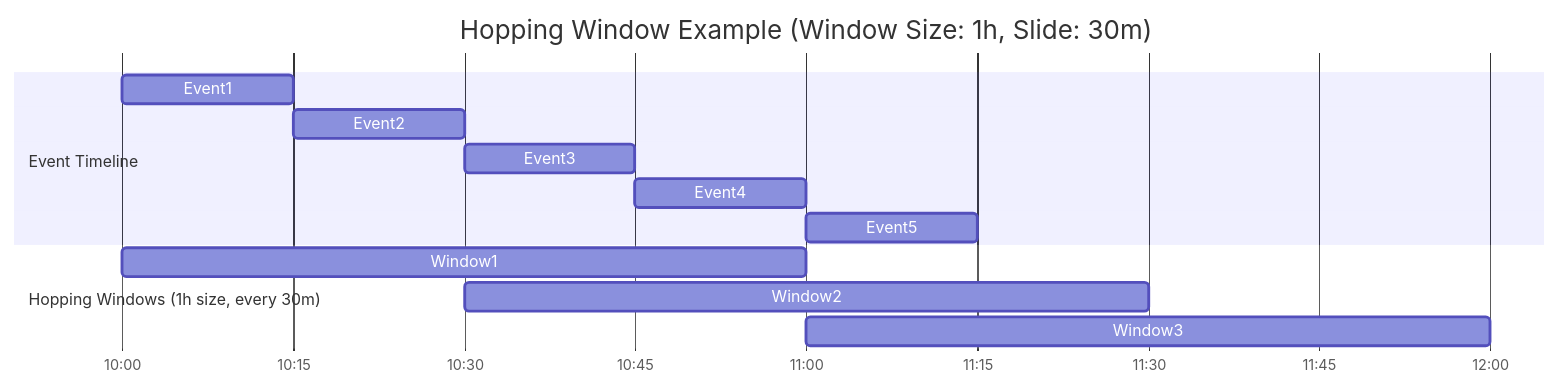
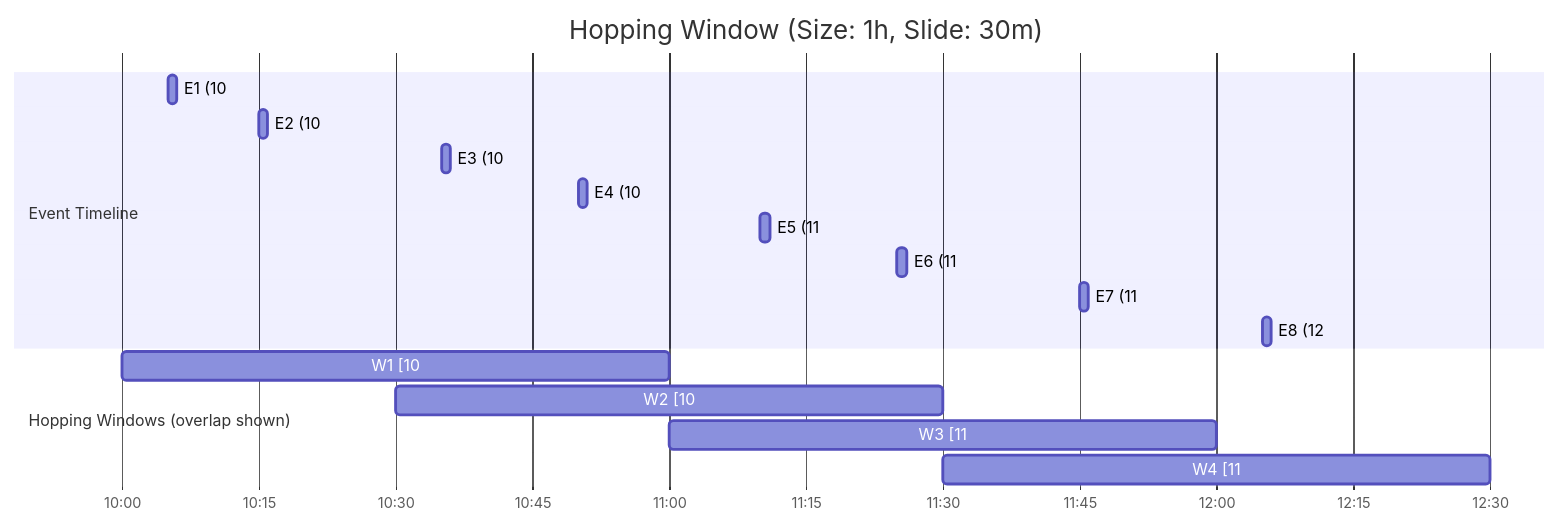
One commit to mahfooziiitian/spark-batch changed the diagram in spark-sql/docs/timeseries/hopping.md. Above: the diagram before and after it, drawn with Mermaid. The commit also changed other lines of this file and 30 other files, not shown here.

````diff
--- a/spark-sql/docs/timeseries/hopping.md
+++ b/spark-sql/docs/timeseries/hopping.md
@@ -17,18 +13,22 @@
 ```mermaid
 gantt
-    title Hopping Window Example (Window Size: 1h, Slide: 30m)
+    title Hopping Window (Size: 1h, Slide: 30m)
     dateFormat  HH:mm
     axisFormat  %H:%M
 
     section Event Timeline
-    Event1       :a1, 10:00, 15m
-    Event2       :a2, 10:15, 15m
-    Event3       :a3, 10:30, 15m
-    Event4       :a4, 10:45, 15m
-    Event5       :a5, 11:00, 15m
+    E1 (10:05)   :e1, 10:05, 1m
+    E2 (10:15)   :e2, 10:15, 1m
+    E3 (10:35)   :e3, 10:35, 1m
+    E4 (10:50)   :e4, 10:50, 1m
+    E5 (11:10)   :e5, 11:10, 1m
+    E6 (11:25)   :e6, 11:25, 1m
+    E7 (11:45)   :e7, 11:45, 1m
+    E8 (12:05)   :e8, 12:05, 1m
 
-    section Hopping Windows (1h size, every 30m)
-    Window1      :w1, 10:00, 1h
-    Window2      :w2, 10:30, 1h
-    Window3      :w3, 11:00, 1h
+    section Hopping Windows (overlap shown)
+    W1 [10:00–11:00]  :w1, 10:00, 60m
+    W2 [10:30–11:30]  :w2, 10:30, 60m
+    W3 [11:00–12:00]  :w3, 11:00, 60m
+    W4 [11:30–12:30]  :w4, 11:30, 60m
 ```
````
